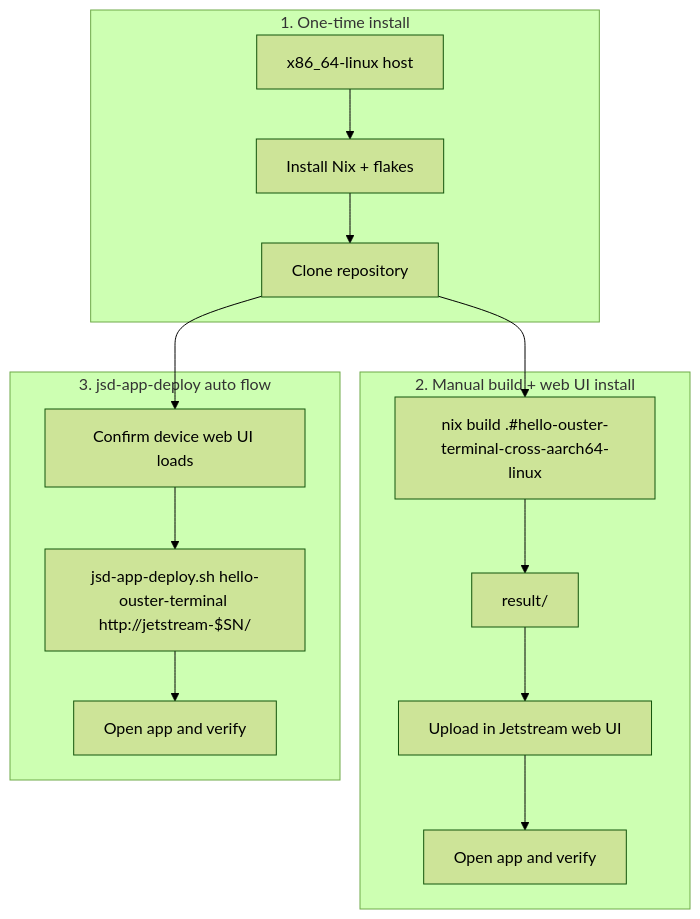
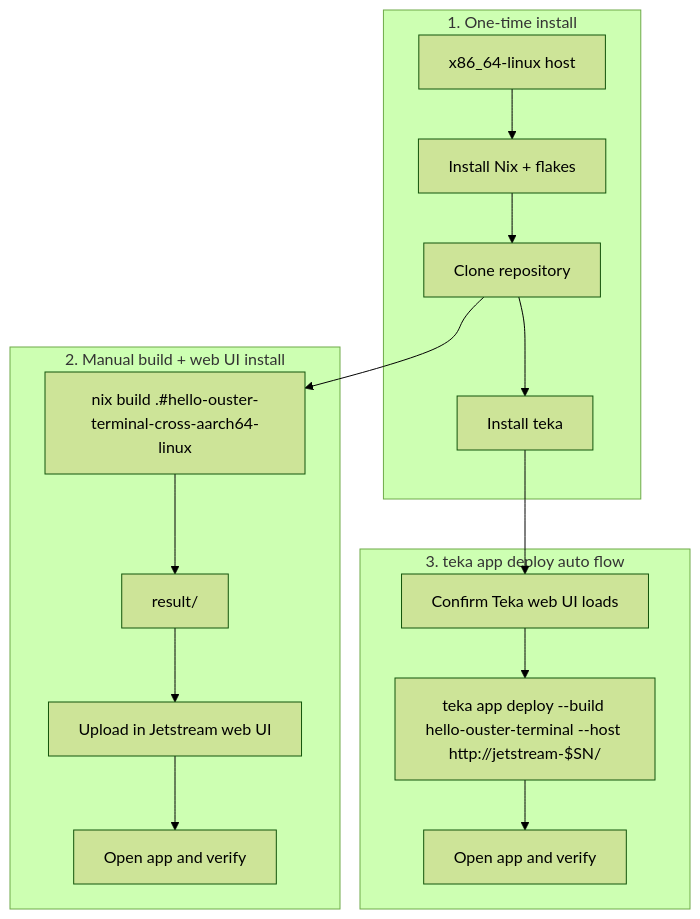
One commit to ouster-lidar/teka-sdk changed the diagram in docs/developer-guide.md. Above: the diagram before and after it, drawn with Mermaid (forest theme). The commit also changed other lines of this file and 25 other files, not shown here.

````diff
--- a/docs/developer-guide.md
+++ b/docs/developer-guide.md
@@ -7,27 +7,28 @@
 ```mermaid
 flowchart TD
     subgraph setup [1. One-time install]
         A[x86_64-linux host]
         B[Install Nix + flakes]
         C[Clone repository]
-        A --> B --> C
+        K[Install teka]
+        A --> B --> C --> K
     end
 
     subgraph manual [2. Manual build + web UI install]
         D[nix build .#hello-ouster-terminal-cross-aarch64-linux]
         E[result/]
         F[Upload in Jetstream web UI]
         G[Open app and verify]
         D --> E --> F --> G
     end
 
-    subgraph auto [3. jsd-app-deploy auto flow]
-        H[Confirm device web UI loads]
-        I[jsd-app-deploy.sh hello-ouster-terminal http://jetstream-$SN/]
+    subgraph auto [3. teka app deploy auto flow]
+        H[Confirm Teka web UI loads]
+        I[teka app deploy --build hello-ouster-terminal --host http://jetstream-$SN/]
         J[Open app and verify]
         H --> I --> J
     end
 
     C --> D
-    C --> H
+    K --> H
 ```
````
